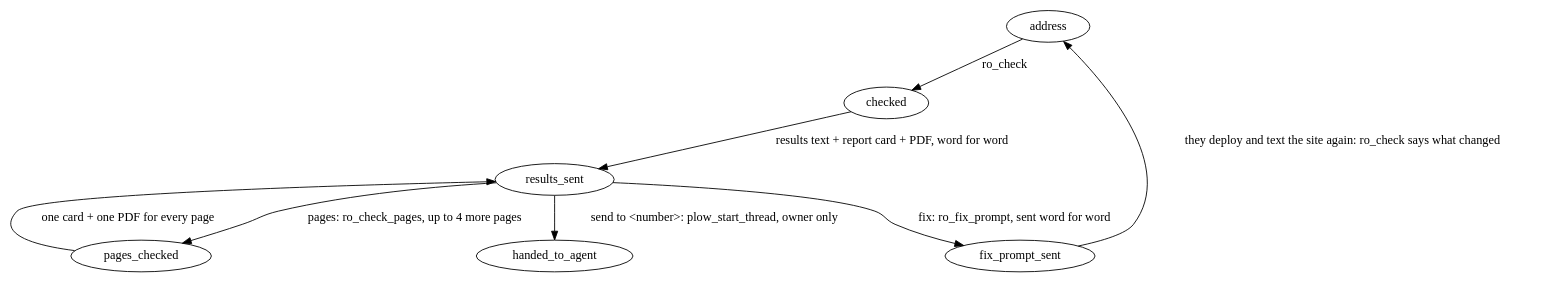
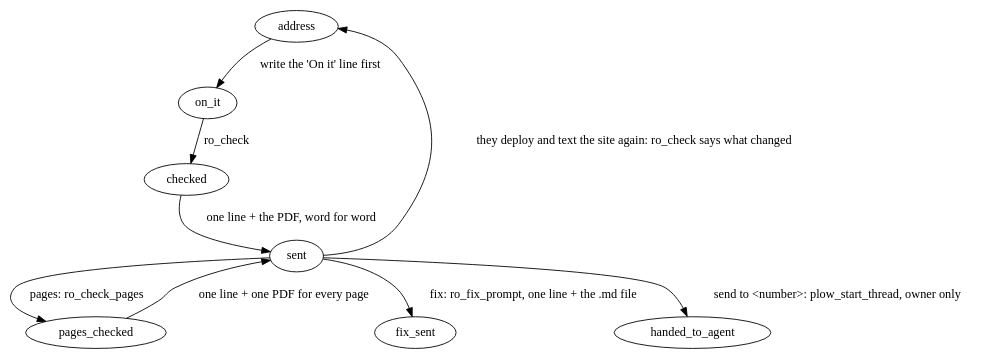
The diagram in prompt/RO.md (Malchiior/sitemaxxing), drawn with Graphviz before and after one commit. The commit also changed other lines of this file and 12 other files, not shown here.

First line of the commit message:
Short texts: one line and the file, nothing else

````diff
--- a/prompt/RO.md
+++ b/prompt/RO.md
@@ -12,11 +11,12 @@
 ```dot
 digraph ro {
-  address -> checked [label="ro_check"];
-  checked -> results_sent [label="results text + report card + PDF, word for word"];
-  results_sent -> pages_checked [label="pages: ro_check_pages, up to 4 more pages"];
-  pages_checked -> results_sent [label="one card + one PDF for every page"];
-  results_sent -> fix_prompt_sent [label="fix: ro_fix_prompt, sent word for word"];
-  results_sent -> handed_to_agent [label="send to <number>: plow_start_thread, owner only"];
-  fix_prompt_sent -> address [label="they deploy and text the site again: ro_check says what changed"];
+  address -> on_it [label="write the 'On it' line first"];
+  on_it -> checked [label="ro_check"];
+  checked -> sent [label="one line + the PDF, word for word"];
+  sent -> pages_checked [label="pages: ro_check_pages"];
+  pages_checked -> sent [label="one line + one PDF for every page"];
+  sent -> fix_sent [label="fix: ro_fix_prompt, one line + the .md file"];
+  sent -> handed_to_agent [label="send to <number>: plow_start_thread, owner only"];
+  sent -> address [label="they deploy and text the site again: ro_check says what changed"];
 }
 ```
````
